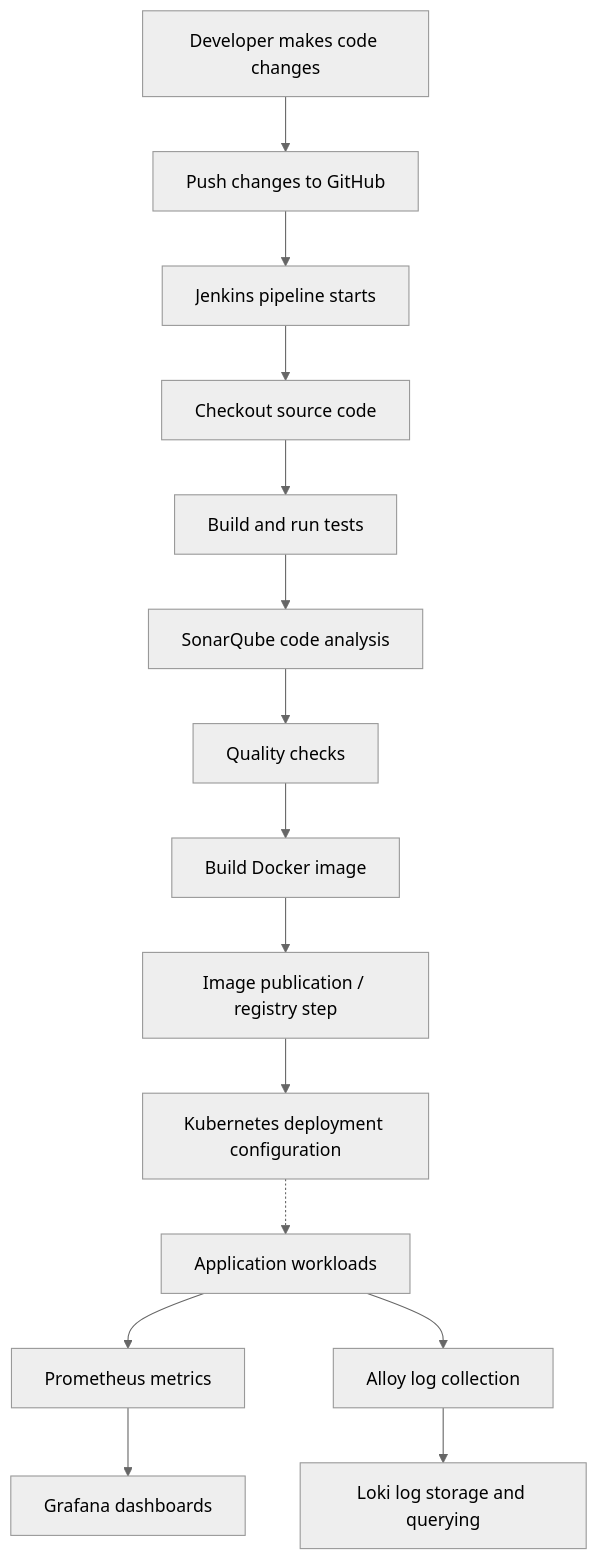
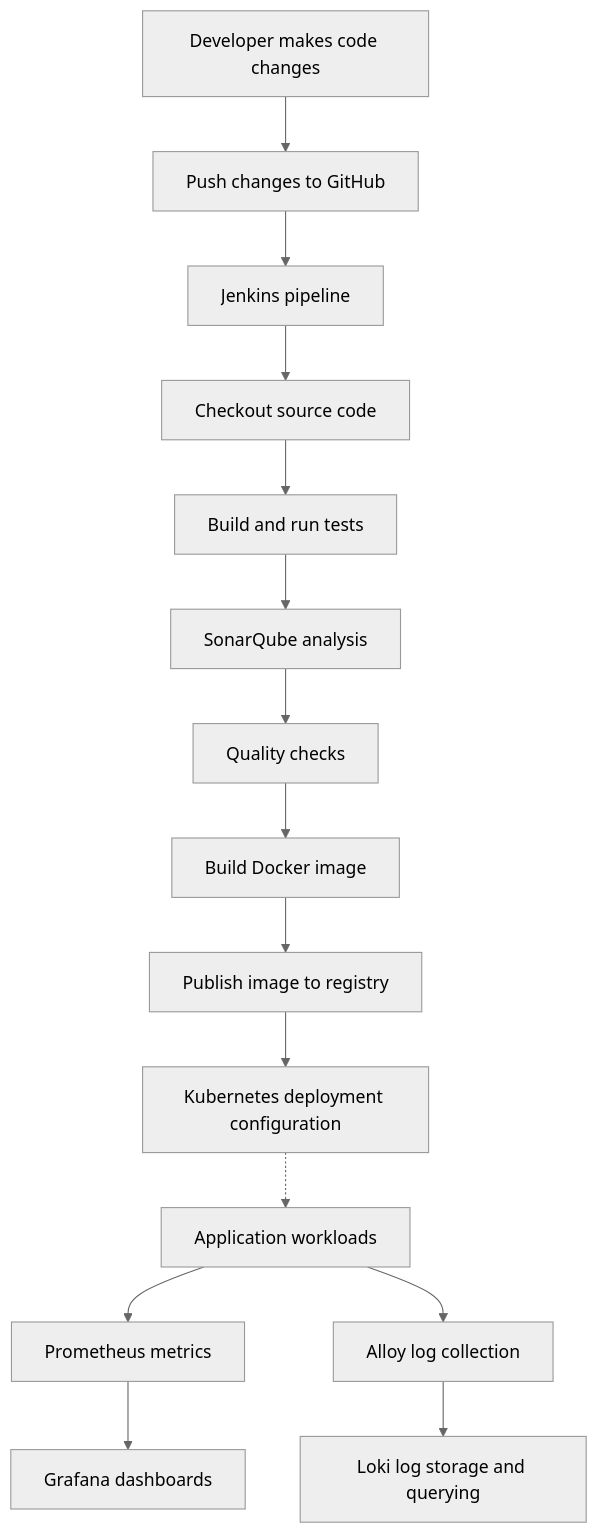
The third of 8 diagrams in README.md (kantamnenimanusha/cloudops-360), drawn with Mermaid (neutral theme) before and after one commit. The commit also changed other lines of this file, not shown here.

````diff
--- a/README.md
+++ b/README.md
@@ -307,24 +317,24 @@
 ```mermaid
 flowchart TD
     A["Developer makes code changes"]
     B["Push changes to GitHub"]
-    C["Jenkins pipeline starts"]
+    C["Jenkins pipeline"]
     D["Checkout source code"]
     E["Build and run tests"]
-    F["SonarQube code analysis"]
+    F["SonarQube analysis"]
     G["Quality checks"]
     H["Build Docker image"]
-    I["Image publication / registry step"]
+    I["Publish image to registry"]
     J["Kubernetes deployment configuration"]
     K["Application workloads"]
     L["Prometheus metrics"]
     M["Grafana dashboards"]
     N["Alloy log collection"]
     O["Loki log storage and querying"]
 
     A --> B --> C --> D --> E --> F --> G --> H --> I
     I --> J
     J -.-> K
     K --> L --> M
     K --> N --> O
 ```
````
